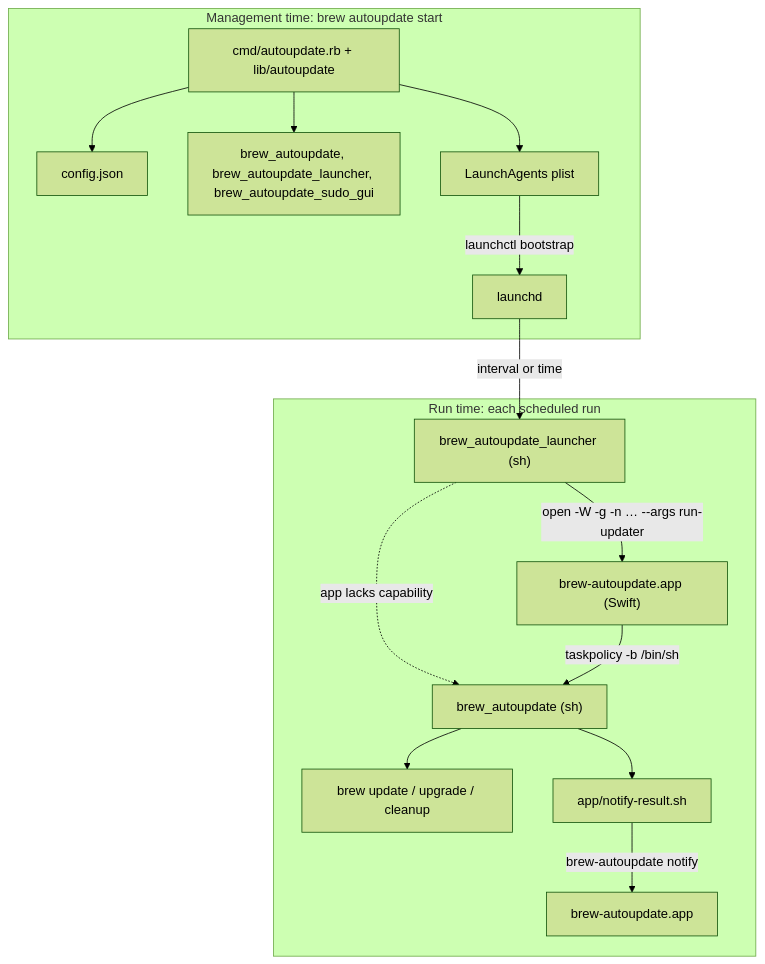
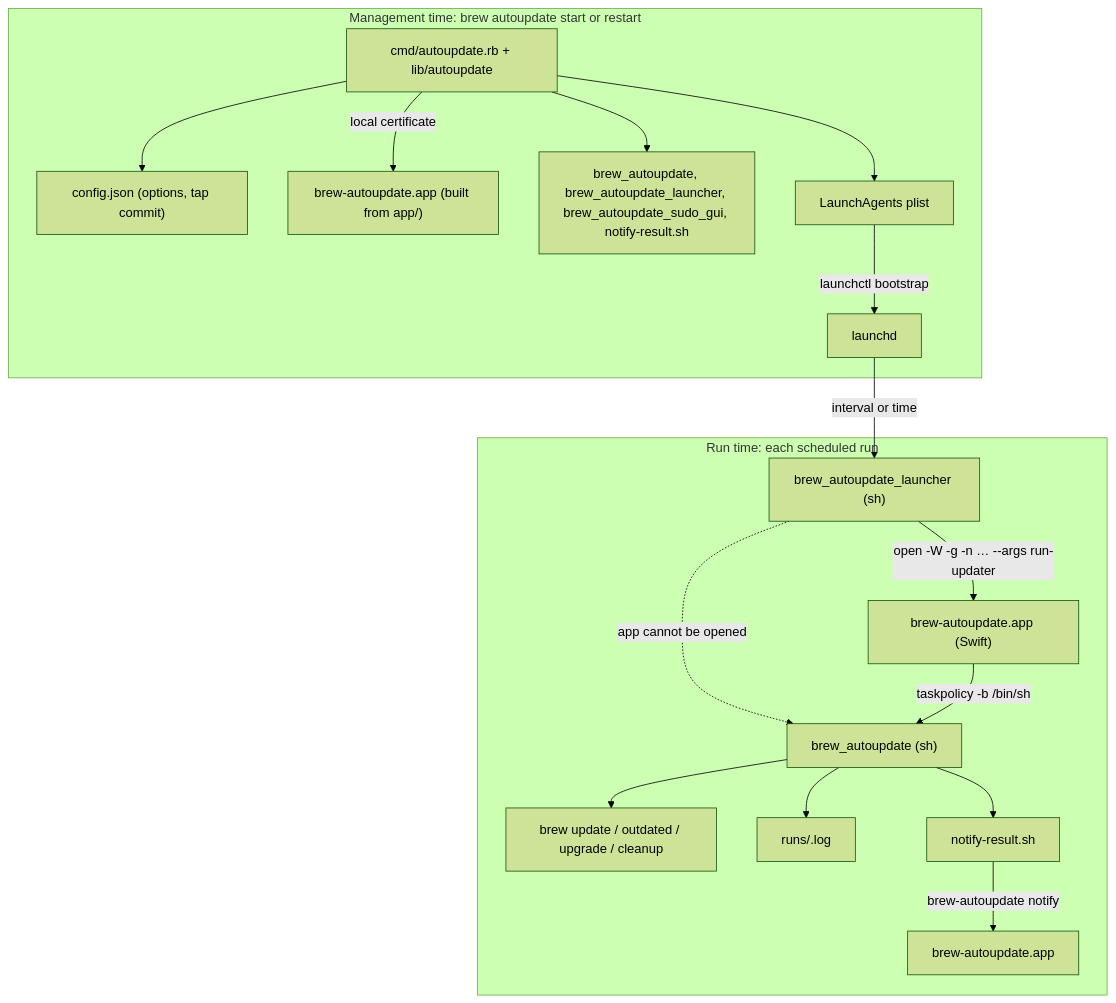
Before and after one commit to hybras/homebrew-autoupdate: the diagram in ARCHITECTURE.md, drawn with Mermaid (forest theme). The commit also changed other lines of this file and 3 other files, not shown here.

````diff
--- a/ARCHITECTURE.md
+++ b/ARCHITECTURE.md
@@ -105,18 +105,20 @@
 ```mermaid
 flowchart TD
-  subgraph management["Management time: brew autoupdate start"]
-    cmd["cmd/autoupdate.rb + lib/autoupdate"] --> config["config.json"]
-    cmd --> scripts["brew_autoupdate, brew_autoupdate_launcher, brew_autoupdate_sudo_gui"]
+  subgraph management["Management time: brew autoupdate start or restart"]
+    cmd["cmd/autoupdate.rb + lib/autoupdate"] --> config["config.json (options, tap commit)"]
+    cmd -->|"local certificate"| app["brew-autoupdate.app (built from app/)"]
+    cmd --> scripts["brew_autoupdate, brew_autoupdate_launcher, brew_autoupdate_sudo_gui, notify-result.sh"]
     cmd --> plist["LaunchAgents plist"]
     plist -->|"launchctl bootstrap"| launchd
   end
   subgraph run["Run time: each scheduled run"]
     launchd -->|"interval or time"| launcher["brew_autoupdate_launcher (sh)"]
-    launcher -->|"open -W -g -n … --args run-updater"| app["brew-autoupdate.app (Swift)"]
-    launcher -.->|"app lacks capability"| updater
-    app -->|"taskpolicy -b /bin/sh"| updater["brew_autoupdate (sh)"]
-    updater --> brew["brew update / upgrade / cleanup"]
-    updater --> notify["app/notify-result.sh"]
-    notify -->|"brew-autoupdate notify"| app2["brew-autoupdate.app"]
+    launcher -->|"open -W -g -n … --args run-updater"| runapp["brew-autoupdate.app (Swift)"]
+    launcher -.->|"app cannot be opened"| updater
+    runapp -->|"taskpolicy -b /bin/sh"| updater["brew_autoupdate (sh)"]
+    updater --> brew["brew update / outdated / upgrade / cleanup"]
+    updater --> runlog["runs/<time>.log"]
+    updater --> notify["notify-result.sh"]
+    notify -->|"brew-autoupdate notify"| notifyapp["brew-autoupdate.app"]
   end
 ```
````
